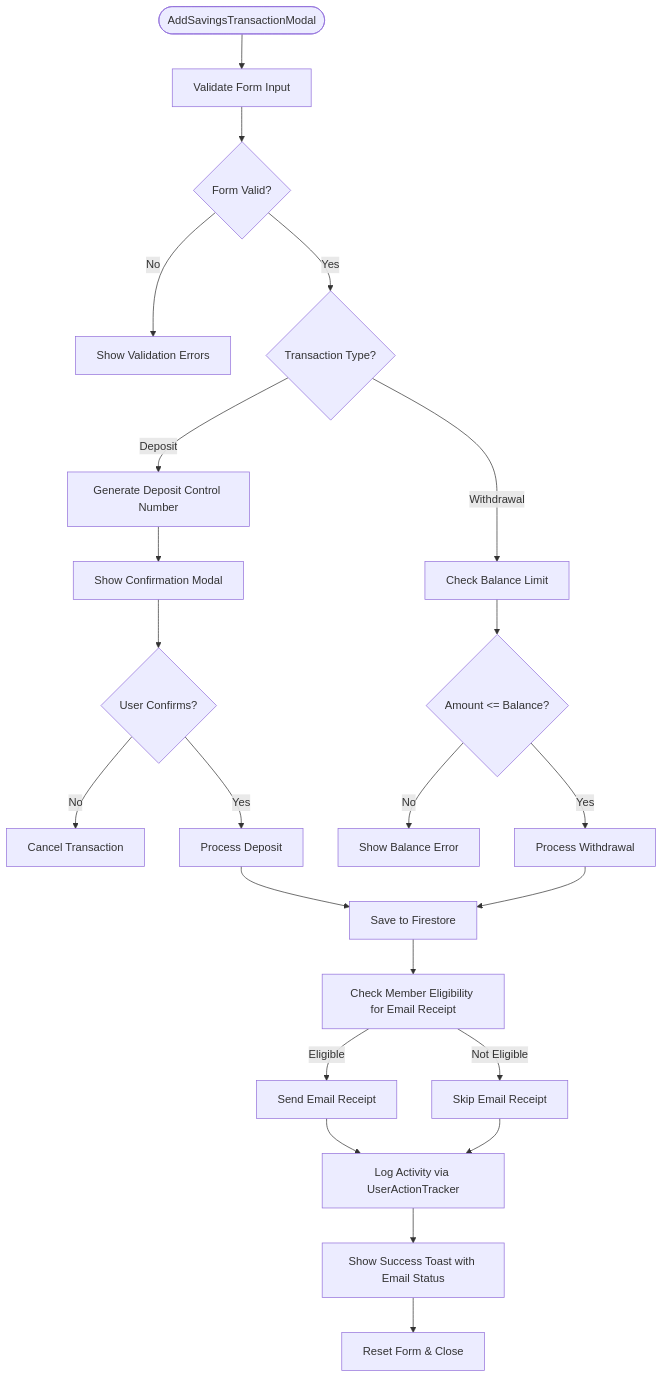
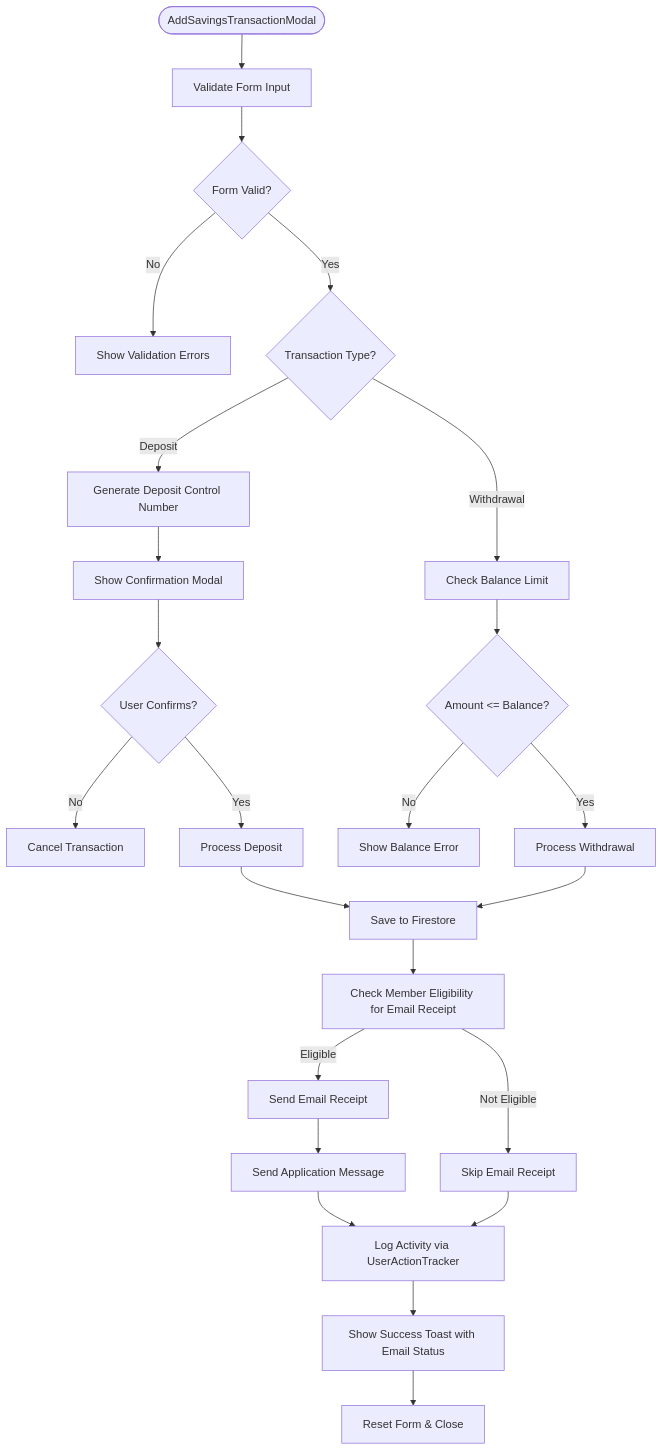
Before and after one commit to Unsure-bry/sampacoop_system: diagram 13 of 22 in .qoder/repowiki/en/content/Savings Management System/Savings Management System.md, drawn with Mermaid. The commit also changed other lines of this file and 12 other files, not shown here.

````diff
--- a/.qoder/repowiki/en/content/Savings Management System/Savings Management System.md
+++ b/.qoder/repowiki/en/content/Savings Management System/Savings Management System.md
@@ -508,25 +553,26 @@
 ```mermaid
 flowchart TD
 Start(["AddSavingsTransactionModal"]) --> Validate["Validate Form Input"]
 Validate --> Valid{"Form Valid?"}
 Valid --> |No| ShowErrors["Show Validation Errors"]
 Valid --> |Yes| TypeCheck{"Transaction Type?"}
 TypeCheck --> |Deposit| GenerateDCN["Generate Deposit Control Number"]
 GenerateDCN --> ShowConfirm["Show Confirmation Modal"]
 ShowConfirm --> Confirm{"User Confirms?"}
 Confirm --> |No| Cancel["Cancel Transaction"]
 Confirm --> |Yes| ProcessDeposit["Process Deposit"]
 TypeCheck --> |Withdrawal| CheckBalance["Check Balance Limit"]
 CheckBalance --> ValidWithdrawal{"Amount <= Balance?"}
 ValidWithdrawal --> |No| ShowBalanceError["Show Balance Error"]
 ValidWithdrawal --> |Yes| ProcessWithdrawal["Process Withdrawal"]
 ProcessDeposit --> SaveTransaction["Save to Firestore"]
 ProcessWithdrawal --> SaveTransaction
 SaveTransaction --> CheckEligibility["Check Member Eligibility for Email Receipt"]
 CheckEligibility --> |Eligible| SendEmail["Send Email Receipt"]
 CheckEligibility --> |Not Eligible| SkipEmail["Skip Email Receipt"]
-SendEmail --> LogActivity["Log Activity via UserActionTracker"]
+SendEmail --> SendAppMsg["Send Application Message"]
+SendAppMsg --> LogActivity["Log Activity via UserActionTracker"]
 LogActivity --> Success["Show Success Toast with Email Status"]
 SkipEmail --> LogActivity
 Success --> ResetForm["Reset Form & Close"]
 ```
````
